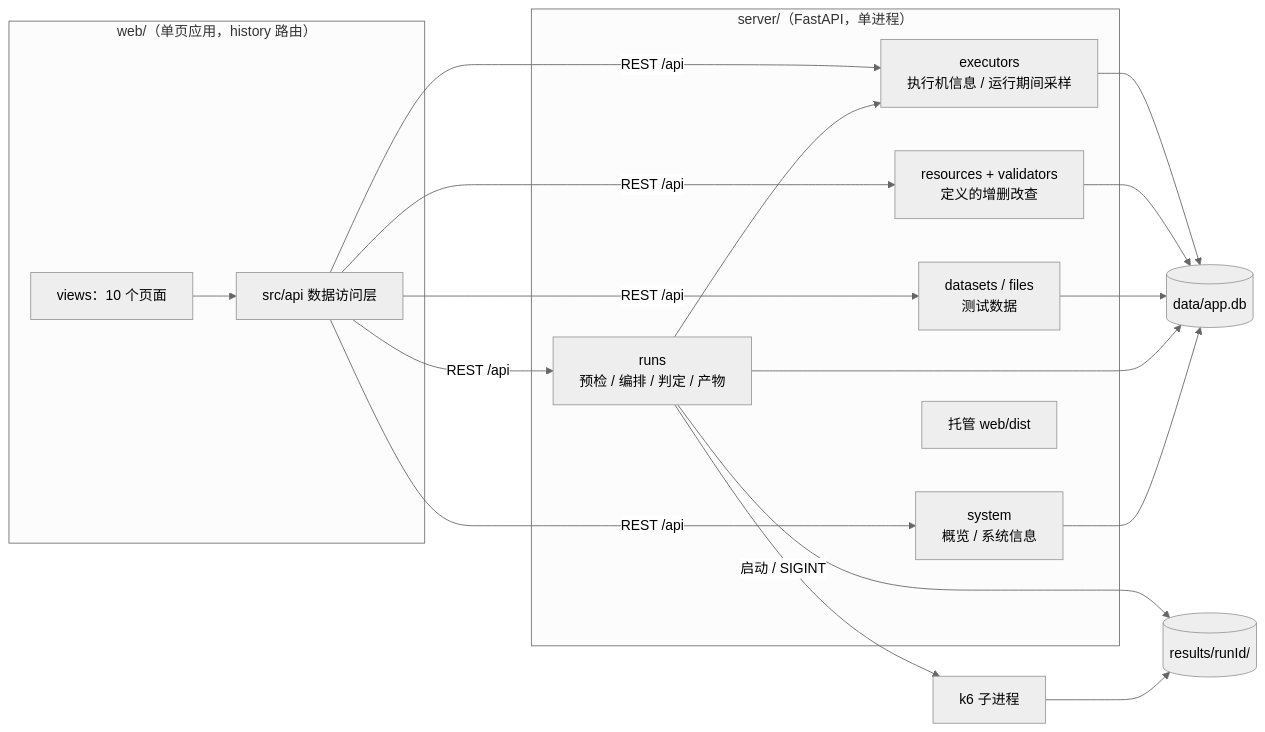
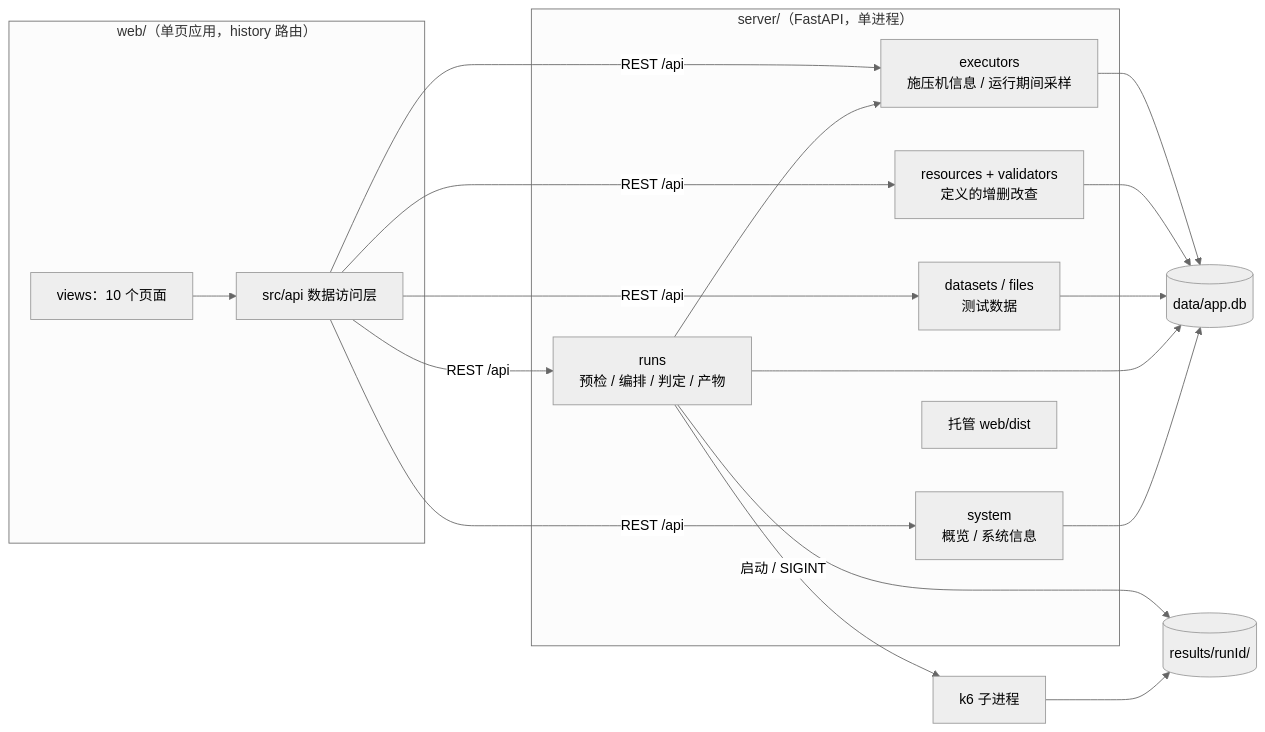
The seventh of 8 diagrams in docs/ARCHITECTURE.md (Leibiner/AI-Performance-Engineering), drawn with Mermaid (neutral theme) before and after one commit. The commit also changed other lines of this file and 29 other files, not shown here.

````diff
--- a/docs/ARCHITECTURE.md
+++ b/docs/ARCHITECTURE.md
@@ -1051,27 +1053,27 @@
 ```mermaid
 flowchart LR
     subgraph WEB["web/（单页应用，history 路由）"]
         PAGES["views：10 个页面"] --> APIC["src/api 数据访问层"]
     end
     subgraph SRV["server/（FastAPI，单进程）"]
         RESR["resources + validators<br/>定义的增删改查"]
         DATA["datasets / files<br/>测试数据"]
         RUNS["runs<br/>预检 / 编排 / 判定 / 产物"]
-        EXE["executors<br/>执行机信息 / 运行期间采样"]
+        EXE["executors<br/>施压机信息 / 运行期间采样"]
         SYS["system<br/>概览 / 系统信息"]
         STATIC["托管 web/dist"]
     end
     DB[("data/app.db")]
     FS[("results/runId/")]
     K6["k6 子进程"]
     APIC -->|"REST /api"| RESR & DATA & RUNS & EXE & SYS
     RUNS --> EXE
     EXE --> DB
     RESR --> DB
     DATA --> DB
     RUNS --> DB
     SYS --> DB
     RUNS --> FS
     RUNS -->|启动 / SIGINT| K6
     K6 --> FS
 ```
````
